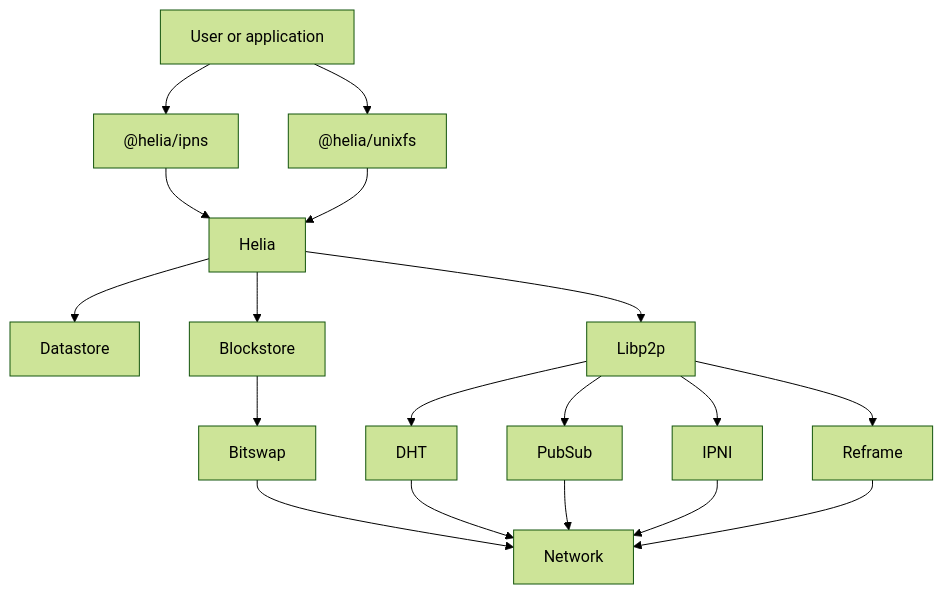
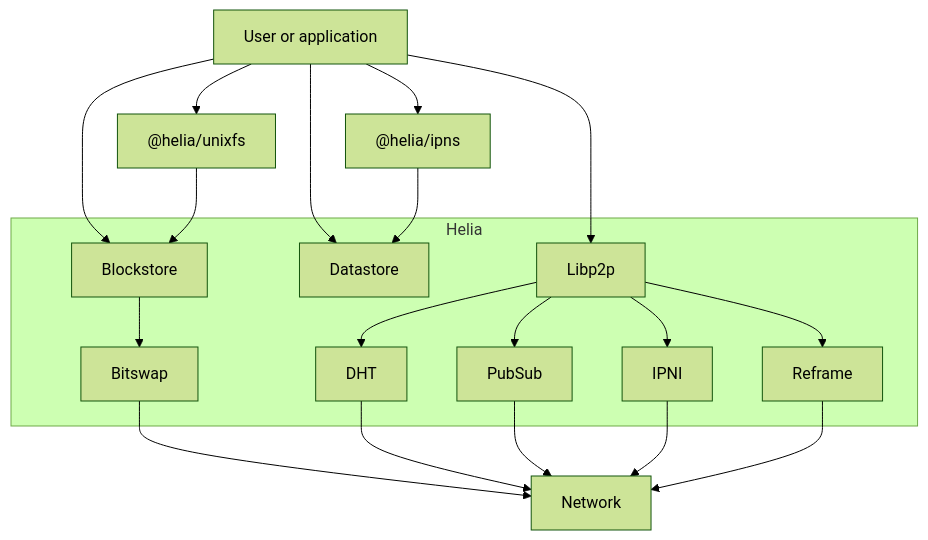
Before and after one commit to ipfs/helia: the diagram in README.md, drawn with Mermaid (forest theme).

Commit message:
docs: make helia a subgraph

````diff
--- a/README.md
+++ b/README.md
@@ -45,20 +45,24 @@
 ```mermaid
 graph TD;
     User["User or application"]-->IPNS["@helia/ipns"];
     User-->UnixFS["@helia/unixfs"];
-    IPNS-->Helia;
-    UnixFS-->Helia;
-    Helia-->Datastore;
-    Helia-->Blockstore;
-    Helia-->Libp2p;
-    Blockstore-->Bitswap;
+    User-->Libp2p;
+    User-->Datastore;
+    User-->Blockstore;
+    UnixFS-->Blockstore;
+    IPNS-->Datastore;
+    subgraph ide1 [Helia]
+      Datastore
+      Blockstore-->Bitswap;
+      Libp2p-->DHT;
+      Libp2p-->PubSub;
+      Libp2p-->IPNI;
+      Libp2p-->Reframe;
+    end
     Bitswap-->Network;
-    Libp2p-->DHT;
-    Libp2p-->PubSub;
-    Libp2p-->IPNI;
-    Libp2p-->Reframe;
+
     DHT-->Network;
     PubSub-->Network;
     IPNI-->Network;
     Reframe-->Network;
 ```
````
